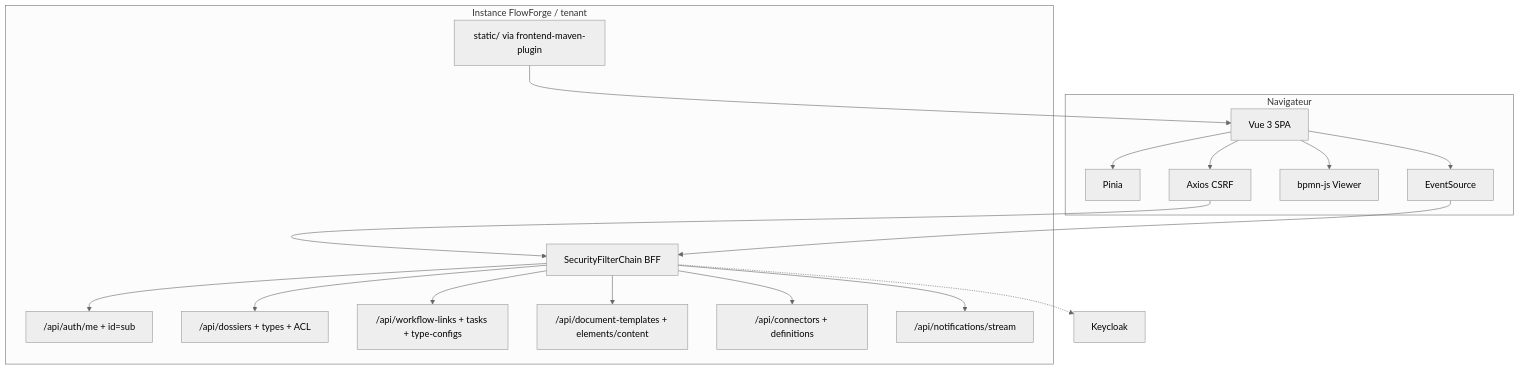
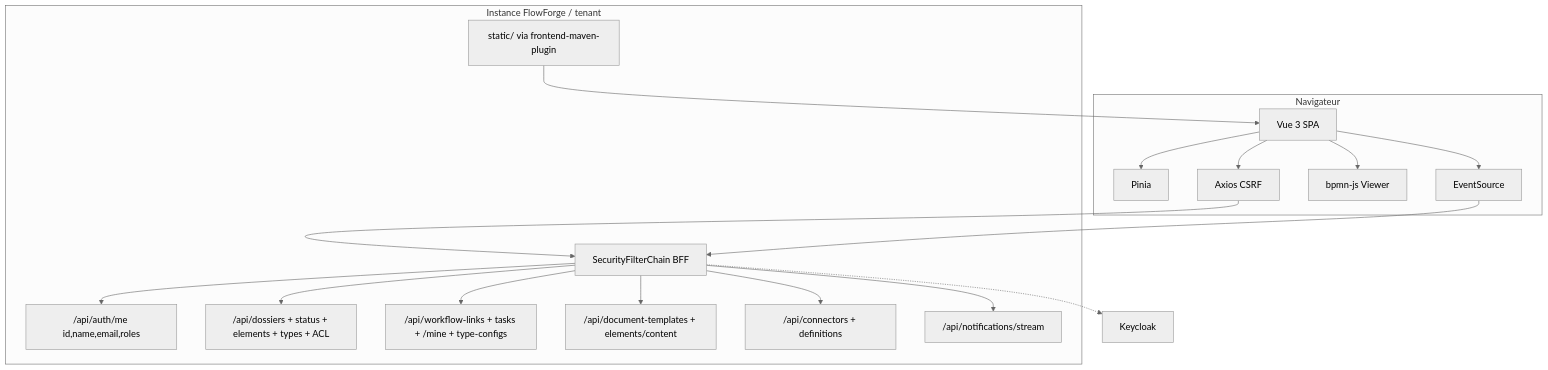
One commit to superjojo79/Myrmacta changed the diagram in docs/ai/design/2026-07-31-feature-frontend.md. Above: the diagram before and after it, drawn with Mermaid (neutral theme). The commit also changed other lines of this file and 4 other files, not shown here.

````diff
--- a/docs/ai/design/2026-07-31-feature-frontend.md
+++ b/docs/ai/design/2026-07-31-feature-frontend.md
@@ -23,32 +26,32 @@
 ```mermaid
 flowchart TB
   subgraph browser["Navigateur"]
     SPA[Vue 3 SPA]
     PINIA[Pinia]
     AX[Axios CSRF]
     BPMN[bpmn-js Viewer]
     SSE[EventSource]
     SPA --> PINIA
     SPA --> AX
     SPA --> BPMN
     SPA --> SSE
   end
 
   subgraph boot["Instance FlowForge / tenant"]
     STATIC[static/ via frontend-maven-plugin]
     SEC[SecurityFilterChain BFF]
-    AUTH["/api/auth/me + id=sub"]
-    DOS["/api/dossiers + types + ACL"]
-    WF["/api/workflow-links + tasks + type-configs"]
+    AUTH["/api/auth/me id,name,email,roles"]
+    DOS["/api/dossiers + status + elements + types + ACL"]
+    WF["/api/workflow-links + tasks + /mine + type-configs"]
     DOC["/api/document-templates + elements/content"]
     CON["/api/connectors + definitions"]
     NOTIF["/api/notifications/stream"]
     STATIC --> SPA
     AX --> SEC
     SSE --> SEC
     SEC --> AUTH & DOS & WF & DOC & CON & NOTIF
   end
 
   IDP[Keycloak]
   SEC -.-> IDP
 ```
````
